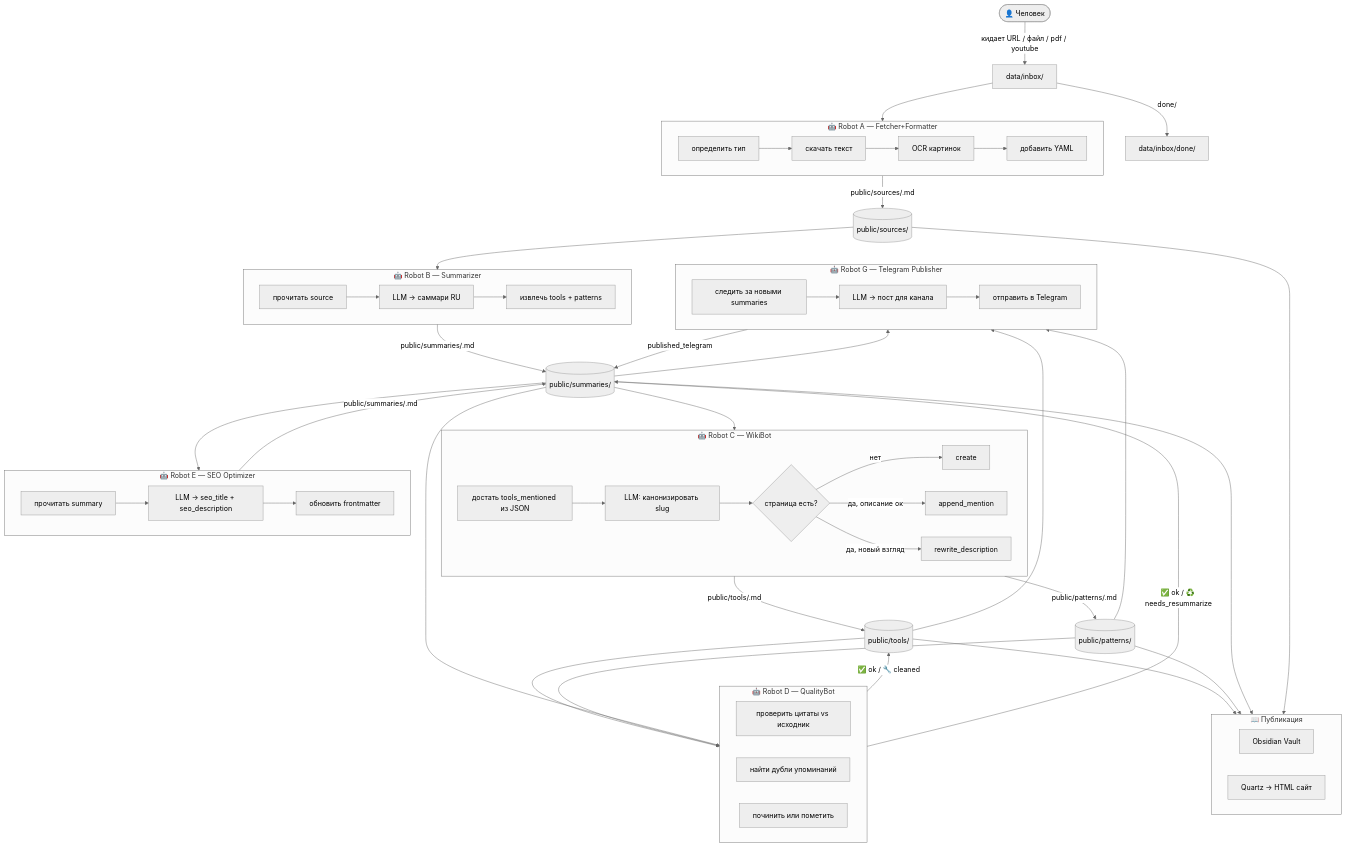
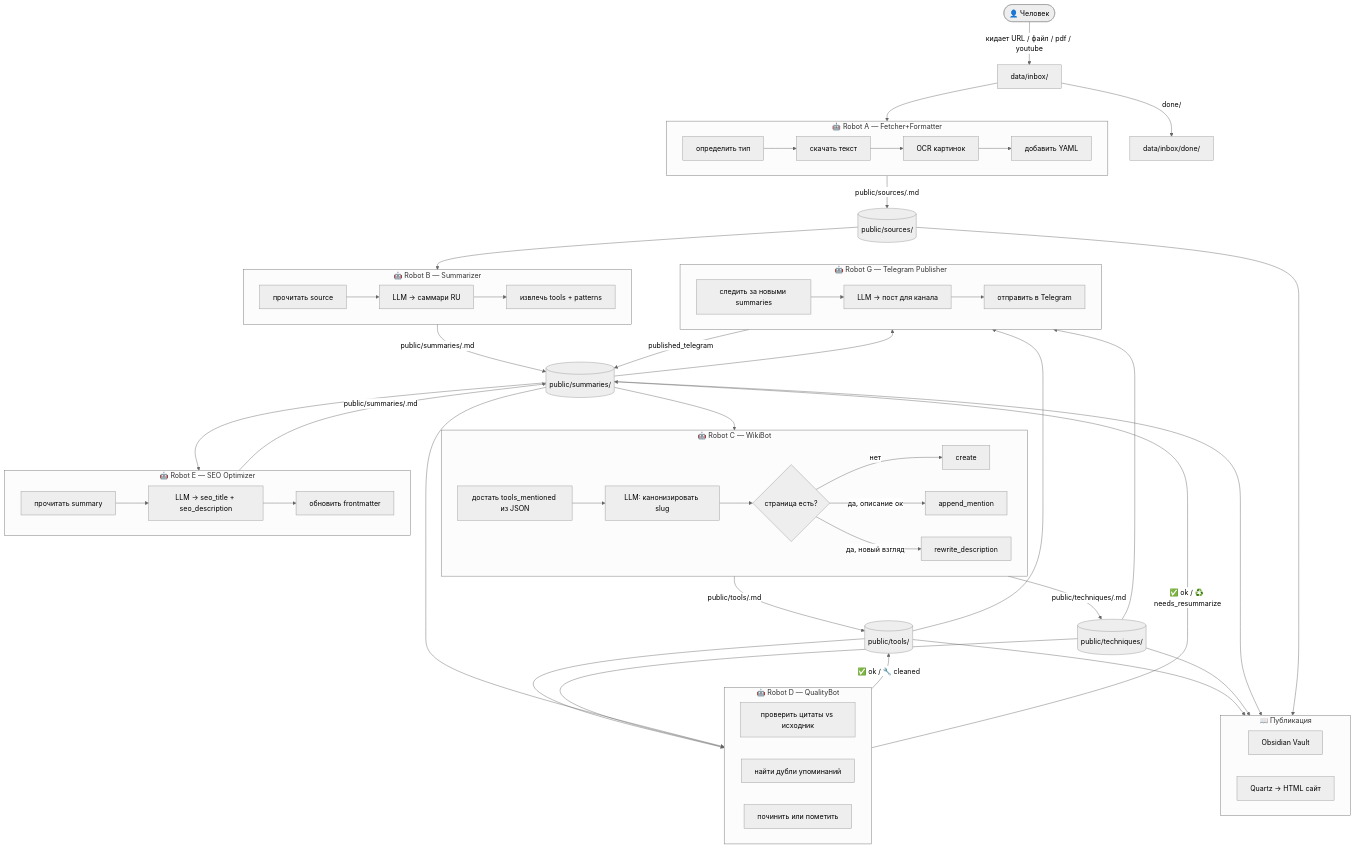
Before and after one commit to khabaroff/faiq: the diagram in _human/processes.md, drawn with Mermaid (neutral theme). The commit also changed other lines of this file and 3 other files, not shown here.

```diff
--- a/_human/processes.md
+++ b/_human/processes.md
@@ -46,7 +46,7 @@
     end
 
     ROBOT_C -->|public/tools/<tool>.md| TOOLS[(public/tools/)]
-    ROBOT_C -->|public/patterns/<tech>.md| TECH[(public/patterns/)]
+    ROBOT_C -->|public/techniques/<tech>.md| TECH[(public/techniques/)]
 
     TOOLS --> ROBOT_D
     TECH --> ROBOT_D
```
